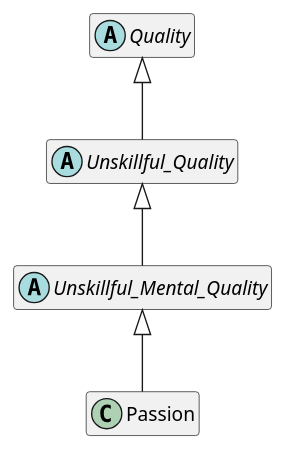
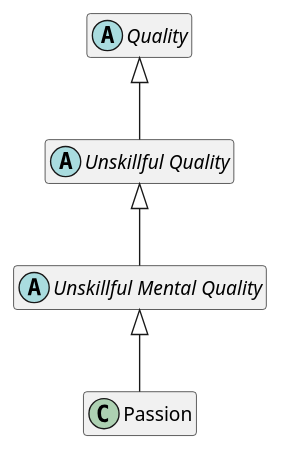
The third of 13 diagrams in notebookLM/guide/guide_plantuml_class_diagram.md (suttaplayer/dn34-PROGRESSING-BY-TENS), drawn with PlantUML before and after one commit. The commit also changed other lines of this file and 14 other files, not shown here.

````diff
--- a/notebookLM/guide/guide_plantuml_class_diagram.md
+++ b/notebookLM/guide/guide_plantuml_class_diagram.md
@@ -41,9 +42,9 @@
 ```plantuml
 @startuml
 hide empty members
 abstract class Quality
-abstract Unskillful_Quality extends Quality
-abstract Unskillful_Mental_Quality extends Unskillful_Quality
-class Passion extends Unskillful_Mental_Quality
+abstract "Unskillful Quality" extends Quality
+abstract "Unskillful Mental Quality" extends "Unskillful Quality"
+class Passion extends "Unskillful Mental Quality"
 @enduml
 ```
````
